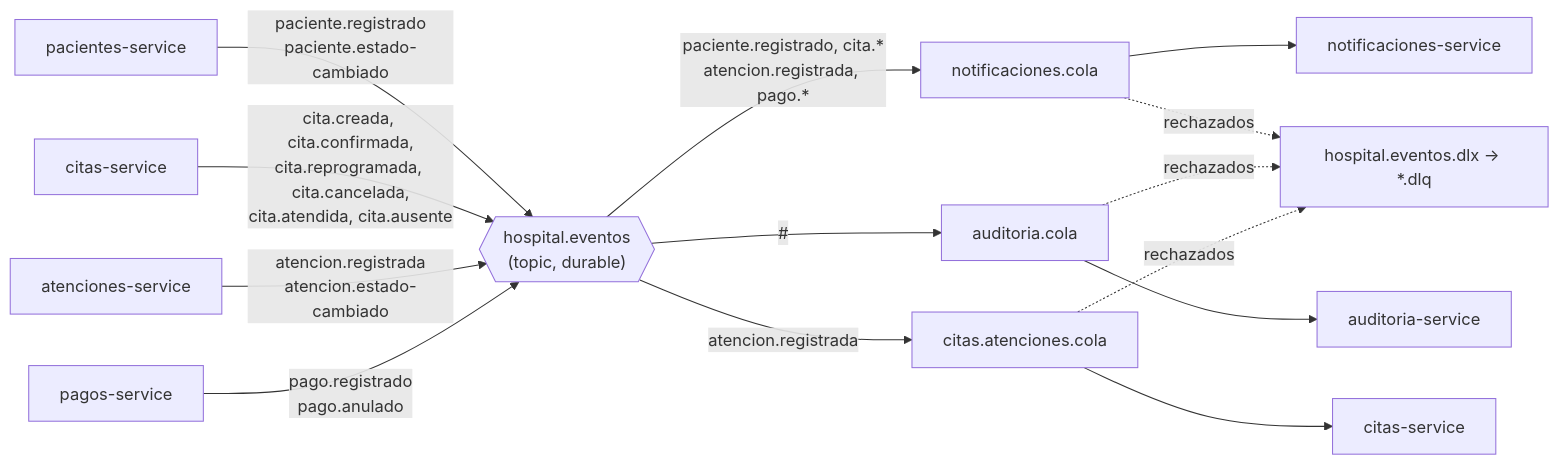
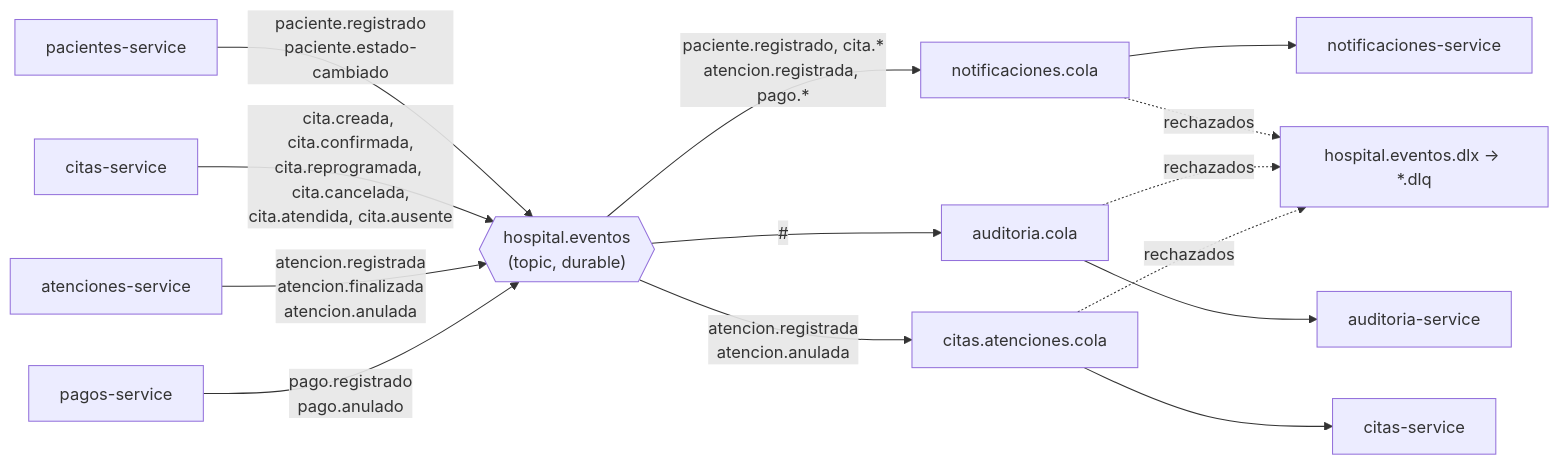
Before and after one commit to cazabacheg/CARLOS_AZABACHE_T2_HOSPITAL_2026: the fifth of 5 diagrams in docs/documento-tecnico.md, drawn with Mermaid. The commit also changed other lines of this file and 2 other files, not shown here.

````diff
--- a/docs/documento-tecnico.md
+++ b/docs/documento-tecnico.md
@@ -485,17 +493,17 @@
 ```mermaid
 flowchart LR
     P1["pacientes-service"] -->|"paciente.registrado<br/>paciente.estado-cambiado"| X
     P2["citas-service"] -->|"cita.creada, cita.confirmada,<br/>cita.reprogramada, cita.cancelada,<br/>cita.atendida, cita.ausente"| X
-    P3["atenciones-service"] -->|"atencion.registrada<br/>atencion.estado-cambiado"| X
+    P3["atenciones-service"] -->|"atencion.registrada<br/>atencion.finalizada<br/>atencion.anulada"| X
     P4["pagos-service"] -->|"pago.registrado<br/>pago.anulado"| X
     X{{"hospital.eventos<br/>(topic, durable)"}}
     X -->|"paciente.registrado, cita.*<br/>atencion.registrada, pago.*"| Q1["notificaciones.cola"]
     X -->|"#"| Q2["auditoria.cola"]
-    X -->|"atencion.registrada"| Q3["citas.atenciones.cola"]
+    X -->|"atencion.registrada<br/>atencion.anulada"| Q3["citas.atenciones.cola"]
     Q1 --> N["notificaciones-service"]
     Q2 --> A["auditoria-service"]
     Q3 --> C["citas-service"]
     Q1 -. "rechazados" .-> D["hospital.eventos.dlx → *.dlq"]
     Q2 -. "rechazados" .-> D
     Q3 -. "rechazados" .-> D
 ```
````
